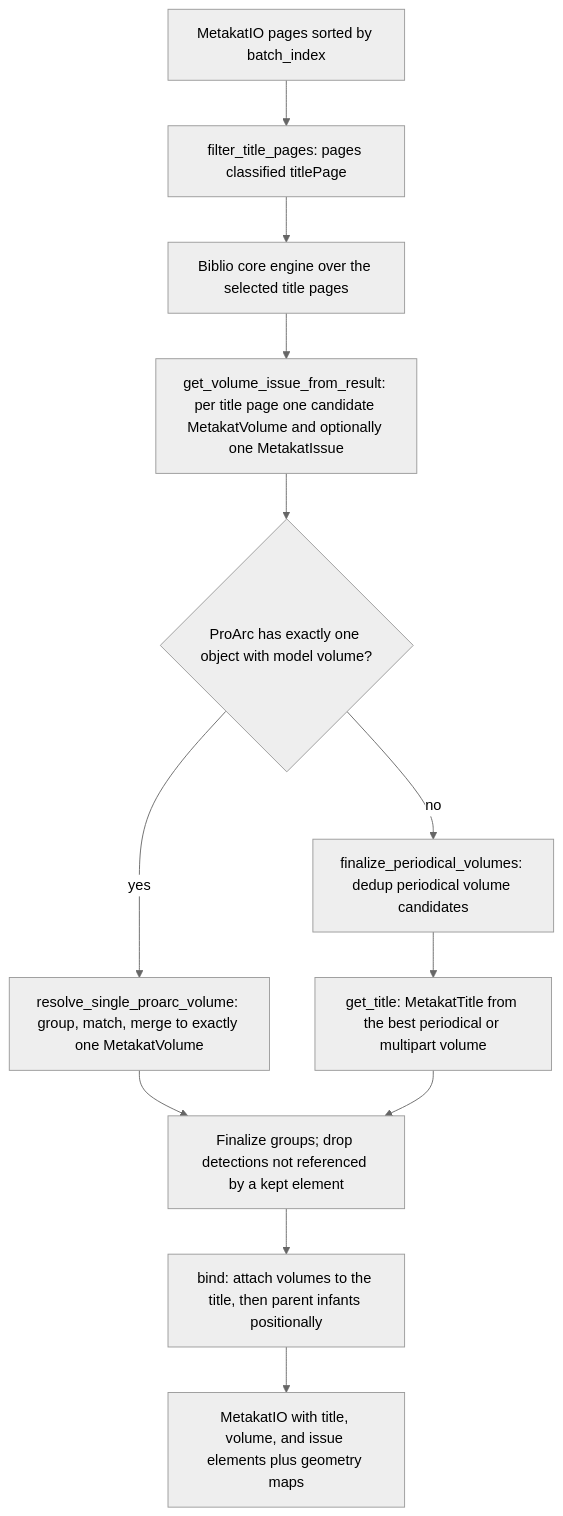
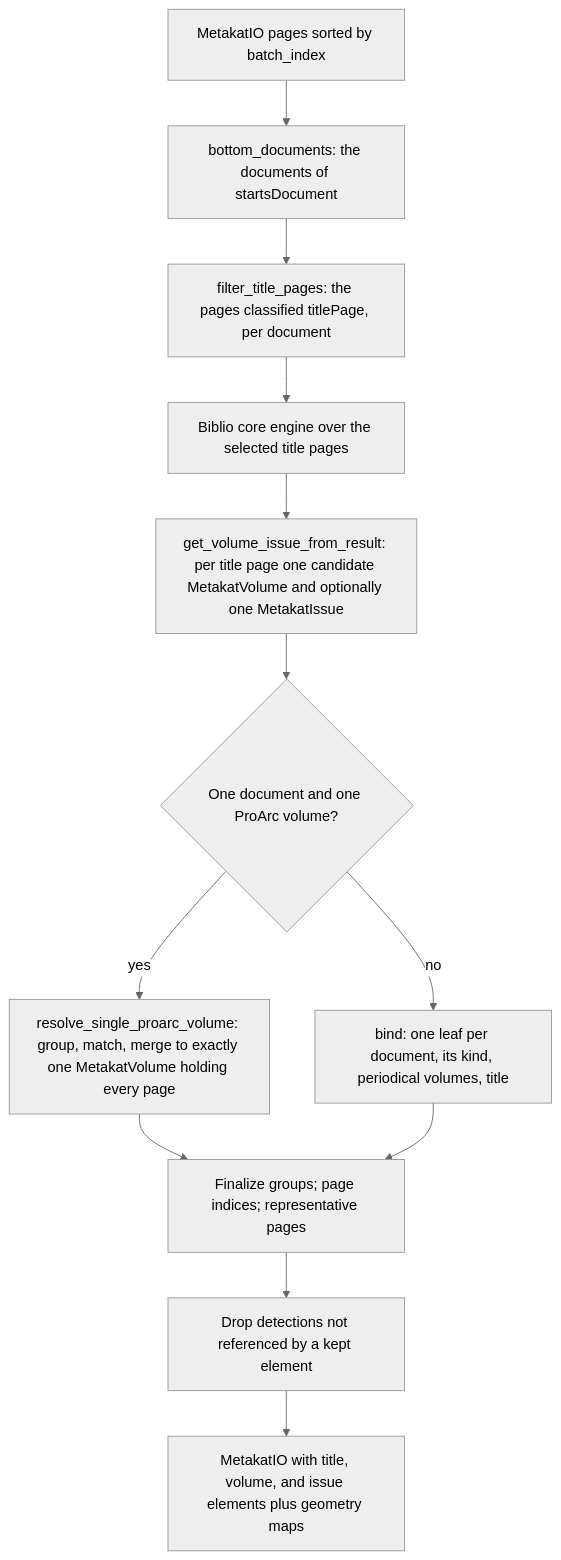
The second of 2 diagrams in metakat/biblio/README.md (DCGM/MetaKat), drawn with Mermaid (neutral theme) before and after one commit. The commit also changed other lines of this file and 3 other files, not shown here.

First line of the commit message:
Make each document of startsDocument one leaf unit; the biblio binder only builds the hierarchy above

````diff
--- a/metakat/biblio/README.md
+++ b/metakat/biblio/README.md
@@ -575,19 +584,19 @@
 ```mermaid
 flowchart TD
     A[MetakatIO pages sorted by batch_index]
-    B[filter_title_pages: pages classified titlePage]
+    S[bottom_documents: the documents of startsDocument]
+    B[filter_title_pages: the pages classified titlePage, per document]
     C[Biblio core engine over the selected title pages]
     D[get_volume_issue_from_result: per title page one candidate MetakatVolume and optionally one MetakatIssue]
-    E{ProArc has exactly one object with model volume?}
-    F[resolve_single_proarc_volume: group, match, merge to exactly one MetakatVolume]
-    G[finalize_periodical_volumes: dedup periodical volume candidates]
-    H[get_title: MetakatTitle from the best periodical or multipart volume]
-    I[Finalize groups; drop detections not referenced by a kept element]
-    J[bind: attach volumes to the title, then parent infants positionally]
+    E{One document and one ProArc volume?}
+    F[resolve_single_proarc_volume: group, match, merge to exactly one MetakatVolume holding every page]
+    G[bind: one leaf per document, its kind, periodical volumes, title]
+    I[Finalize groups; page indices; representative pages]
+    J[Drop detections not referenced by a kept element]
     K[MetakatIO with title, volume, and issue elements plus geometry maps]
 
-    A --> B --> C --> D --> E
+    A --> S --> B --> C --> D --> E
     E -- yes --> F --> I
-    E -- no --> G --> H --> I
+    E -- no --> G --> I
     I --> J --> K
 ```
````
